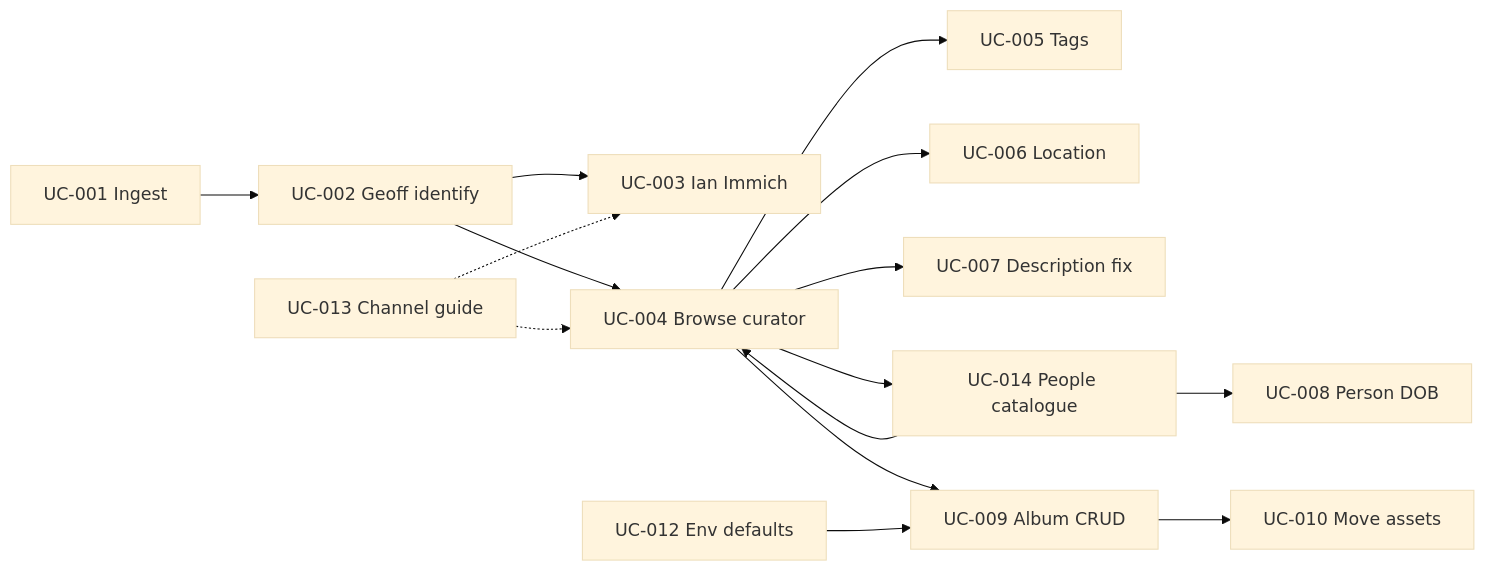
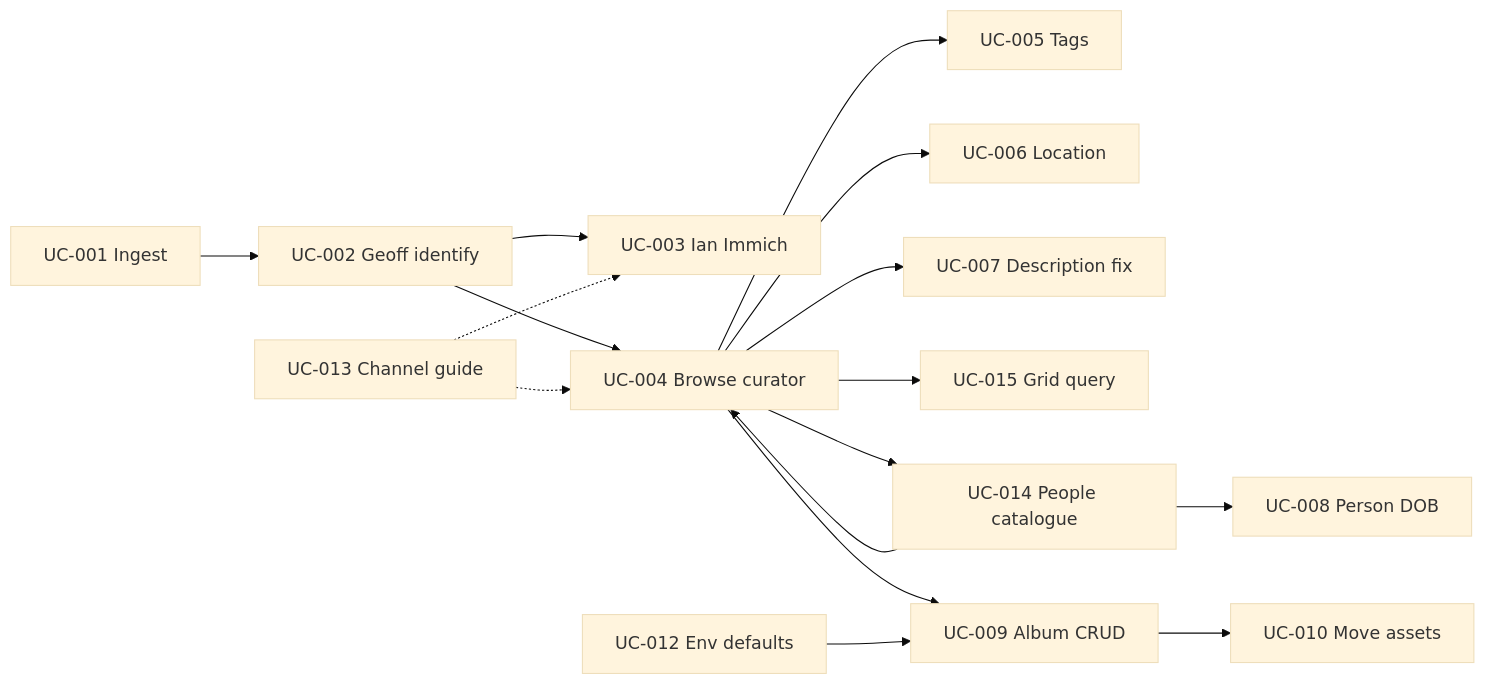
Before and after one commit to ibamsey/immich-curator: the diagram in docs/use-cases/README.md, drawn with Mermaid (base theme). The commit also changed other lines of this file and 60 other files, not shown here.

````diff
--- a/docs/use-cases/README.md
+++ b/docs/use-cases/README.md
@@ -53,17 +54,18 @@
 ```mermaid
 flowchart LR
   UC001[UC-001 Ingest] --> UC002[UC-002 Geoff identify]
   UC002 --> UC003[UC-003 Ian Immich]
   UC002 --> UC004[UC-004 Browse curator]
   UC004 --> UC005[UC-005 Tags]
   UC004 --> UC006[UC-006 Location]
   UC004 --> UC007[UC-007 Description fix]
+  UC004 --> UC015[UC-015 Grid query]
   UC004 --> UC014[UC-014 People catalogue]
   UC014 --> UC008[UC-008 Person DOB]
   UC014 --> UC004
   UC004 --> UC009[UC-009 Album CRUD]
   UC009 --> UC010[UC-010 Move assets]
   UC012[UC-012 Env defaults] --> UC009
   UC013[UC-013 Channel guide] -.-> UC003
   UC013 -.-> UC004
 ```
````
